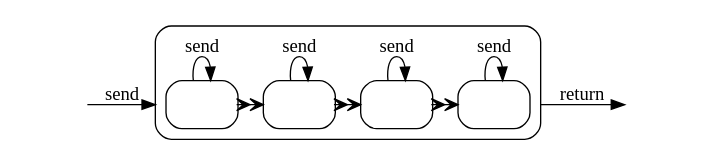
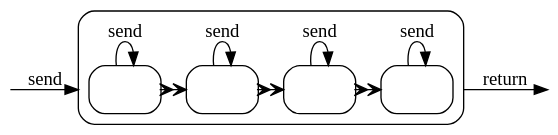
Before and after one commit to maxfischer2781/chainlet: the first of 3 diagrams in docs/source/chains.rst, drawn with Graphviz. The commit also changed other lines of this file and 2 other files, not shown here.

Commit message:
[docs] added transparency to all graphs

```diff
--- a/docs/source/chains.rst
+++ b/docs/source/chains.rst
@@ -59,19 +59,19 @@
 .. graphviz::
 
     digraph g {
-        graph [rankdir=LR]
+        graph [rankdir=LR, bgcolor="transparent"]
         compound=true;
         subgraph cluster_c {
             ranksep=0;
             style=rounded;
             c1 -> c2 -> c3 -> c4 [style=dotted, arrowhead="veevee"];
             c1, c2, c3, c4 [shape=box, style=rounded, label=""];
             c1 -> c1 [label=send];
             c2 -> c2 [label=send];
             c3 -> c3 [label=send];
             c4 -> c4 [label=send];
         }
         in, out [style=invis]
         in -> c1 [label=send, lhead=cluster_c]
         c4 -> out [label=return, ltail=cluster_c]
     }
```
